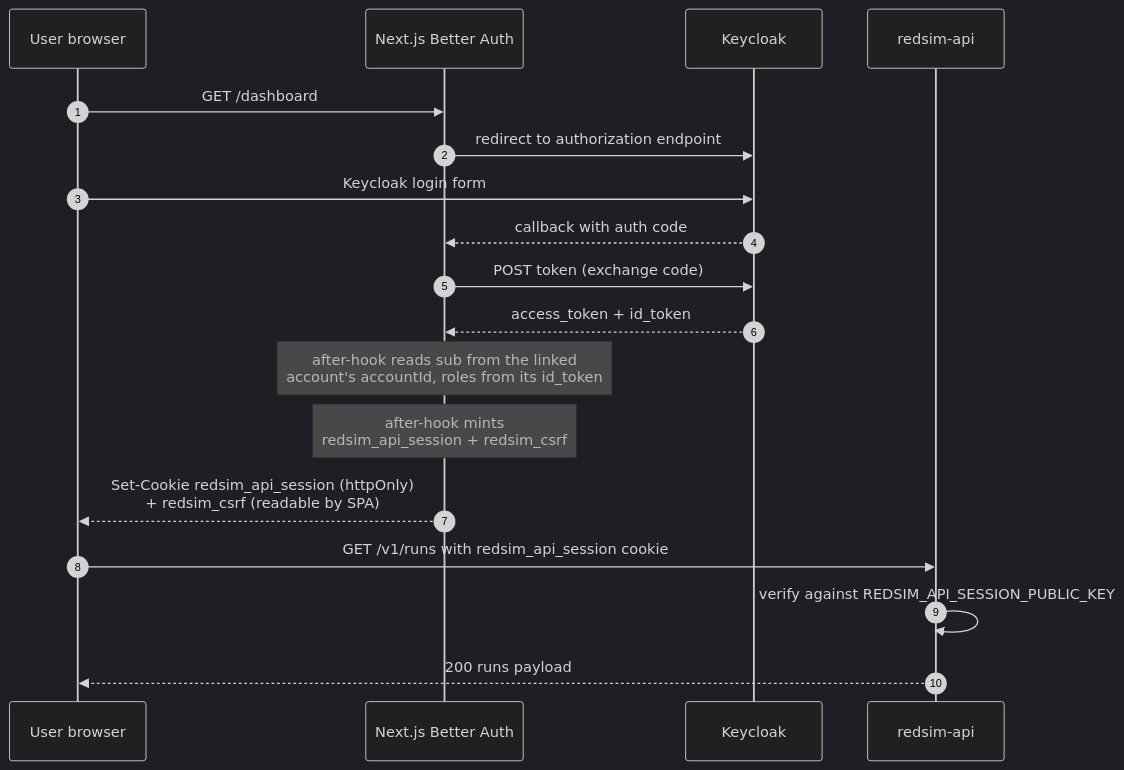
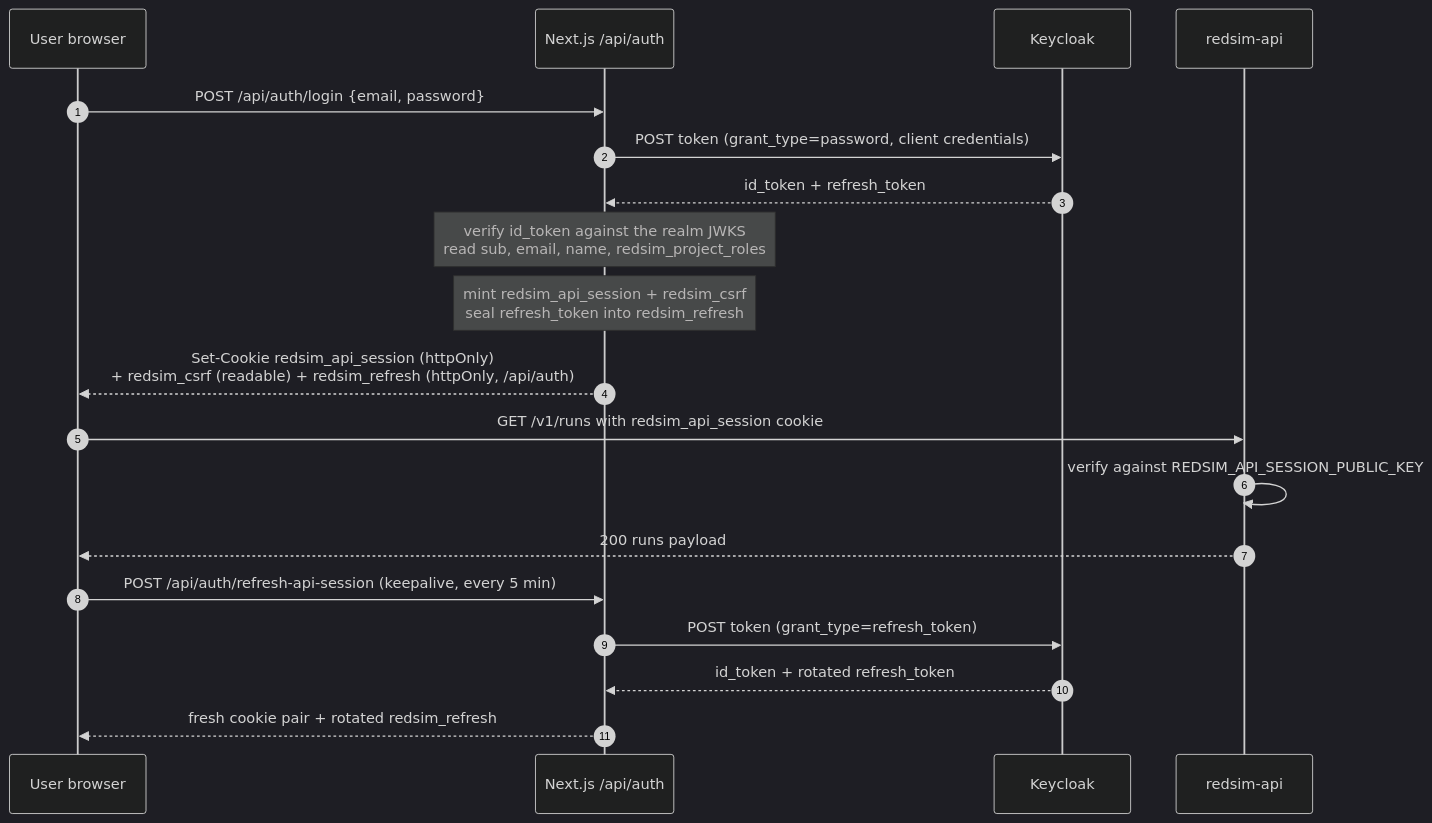
Before and after one commit to IntelliBridge/ndia-red-team-simulator: the first of 3 diagrams in docs/architecture/auth.md, drawn with Mermaid (dark theme). The commit also changed other lines of this file and 73 other files, not shown here.

First line of the commit message:
feat(web): branded email and password login, no dev override (#90)

````diff
--- a/docs/architecture/auth.md
+++ b/docs/architecture/auth.md
@@ -44,22 +70,24 @@
 ```mermaid
 sequenceDiagram
     autonumber
     participant U as User browser
-    participant N as Next.js Better Auth
+    participant N as Next.js /api/auth
     participant K as Keycloak
     participant API as redsim-api
 
-    U->>N: GET /dashboard
-    N->>K: redirect to authorization endpoint
-    U->>K: Keycloak login form
-    K-->>N: callback with auth code
-    N->>K: POST token (exchange code)
-    K-->>N: access_token + id_token
-    Note over N: after-hook reads sub from the linked<br/>account's accountId, roles from its id_token
-    Note over N: after-hook mints<br/>redsim_api_session + redsim_csrf
-    N-->>U: Set-Cookie redsim_api_session (httpOnly)<br/>+ redsim_csrf (readable by SPA)
+    U->>N: POST /api/auth/login {email, password}
+    N->>K: POST token (grant_type=password, client credentials)
+    K-->>N: id_token + refresh_token
+    Note over N: verify id_token against the realm JWKS<br/>read sub, email, name, redsim_project_roles
+    Note over N: mint redsim_api_session + redsim_csrf<br/>seal refresh_token into redsim_refresh
+    N-->>U: Set-Cookie redsim_api_session (httpOnly)<br/>+ redsim_csrf (readable) + redsim_refresh (httpOnly, /api/auth)
 
     U->>API: GET /v1/runs with redsim_api_session cookie
     API->>API: verify against REDSIM_API_SESSION_PUBLIC_KEY
     API-->>U: 200 runs payload
+
+    U->>N: POST /api/auth/refresh-api-session (keepalive, every 5 min)
+    N->>K: POST token (grant_type=refresh_token)
+    K-->>N: id_token + rotated refresh_token
+    N-->>U: fresh cookie pair + rotated redsim_refresh
 ```
````
